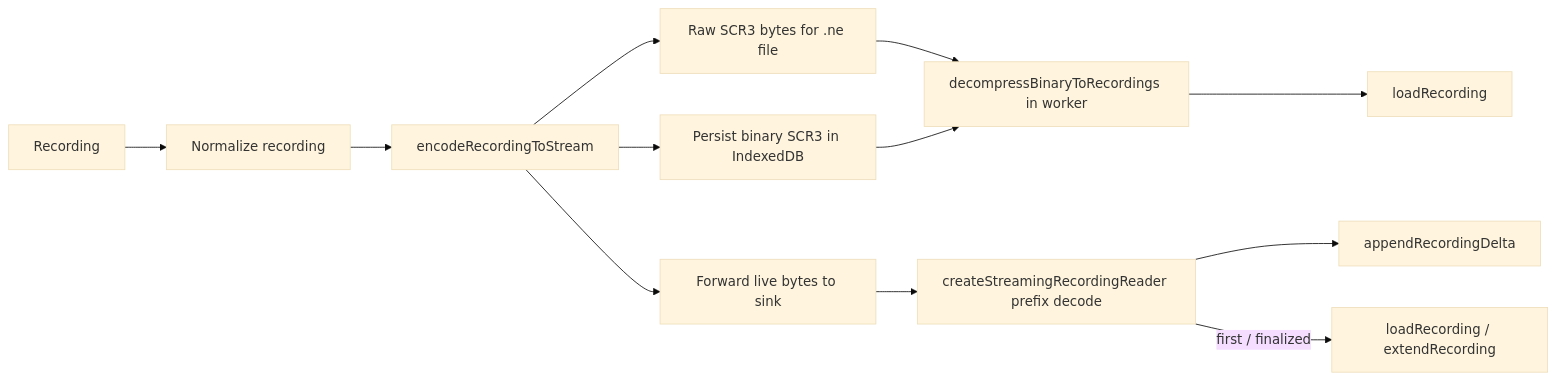
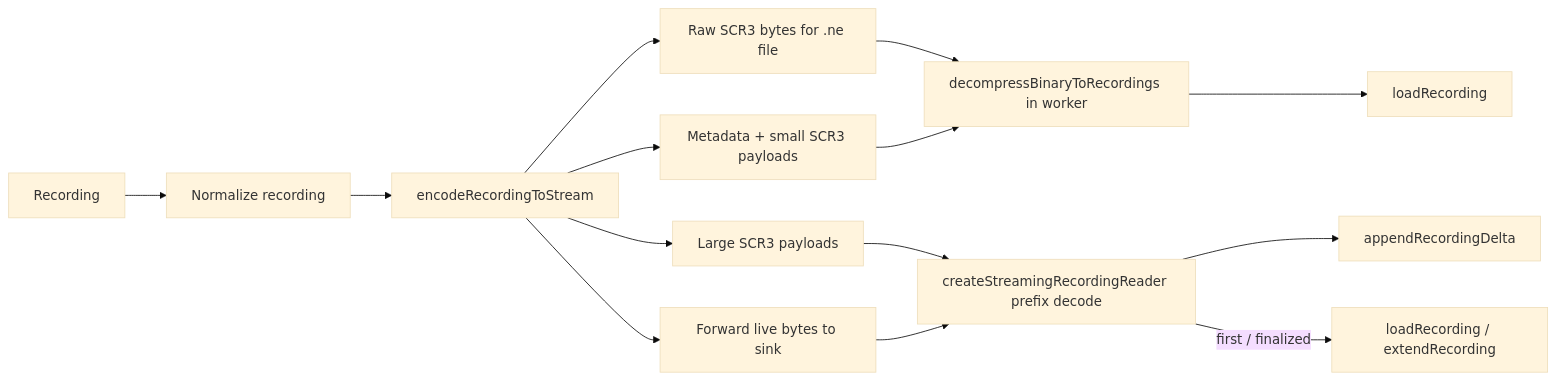
Before and after one commit to channyeintun/next-editor: the fourth of 6 diagrams in docs/data-flow.md, drawn with Mermaid (base theme). The commit also changed other lines of this file and 7 other files, not shown here.

Commit message:
feat(storage): stream large recordings through OPFS

````diff
--- a/docs/data-flow.md
+++ b/docs/data-flow.md
@@ -132,14 +132,16 @@
 ```mermaid
 flowchart LR
     Recording --> Normalize[Normalize recording]
     Normalize --> Encode[encodeRecordingToStream]
     Encode --> NeFile[Raw SCR3 bytes for .ne file]
-    Encode --> IndexedDB[Persist binary SCR3 in IndexedDB]
+    Encode --> IndexedDB[Metadata + small SCR3 payloads]
+    Encode --> OPFS[Large SCR3 payloads]
     Encode --> Live[Forward live bytes to sink]
     NeFile --> Decode[decompressBinaryToRecordings in worker]
     IndexedDB --> Decode
+    OPFS --> PrefixDecode
     Live --> PrefixDecode[createStreamingRecordingReader prefix decode]
     Decode --> Load[loadRecording]
     PrefixDecode --> Append[appendRecordingDelta]
     PrefixDecode -->|first / finalized| Extend[loadRecording / extendRecording]
 ```
````
